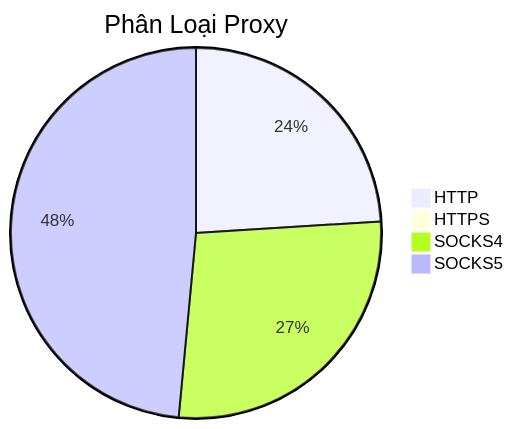
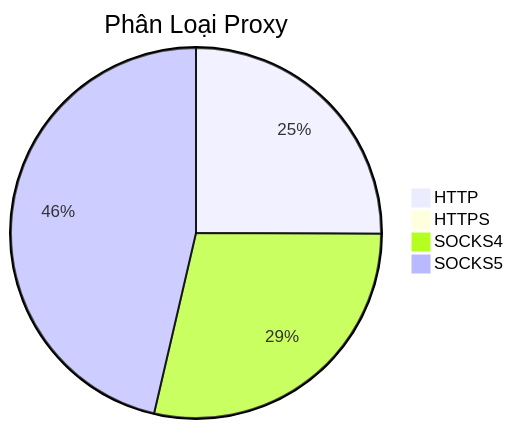
Before and after one commit to Ciara-Aa/PROXY-free: the diagram in README.md, drawn with Mermaid. The commit also changed other lines of this file and 4 other files, not shown here.

````diff
--- a/README.md
+++ b/README.md
@@ -26,7 +26,7 @@
 ```mermaid
 pie title Phân Loại Proxy
     "HTTP" : 193
-    "HTTPS" : 2
-    "SOCKS4" : 221
-    "SOCKS5" : 390
+    "HTTPS" : 1
+    "SOCKS4" : 220
+    "SOCKS5" : 357
 ```
````
